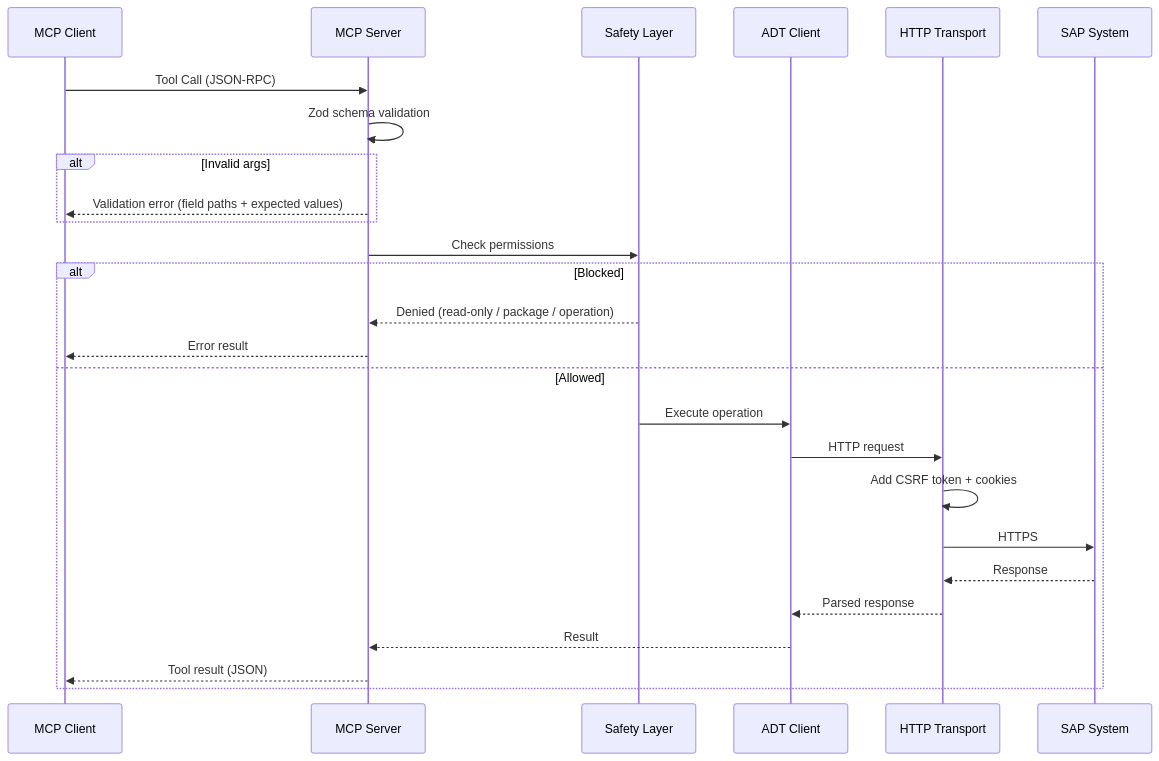
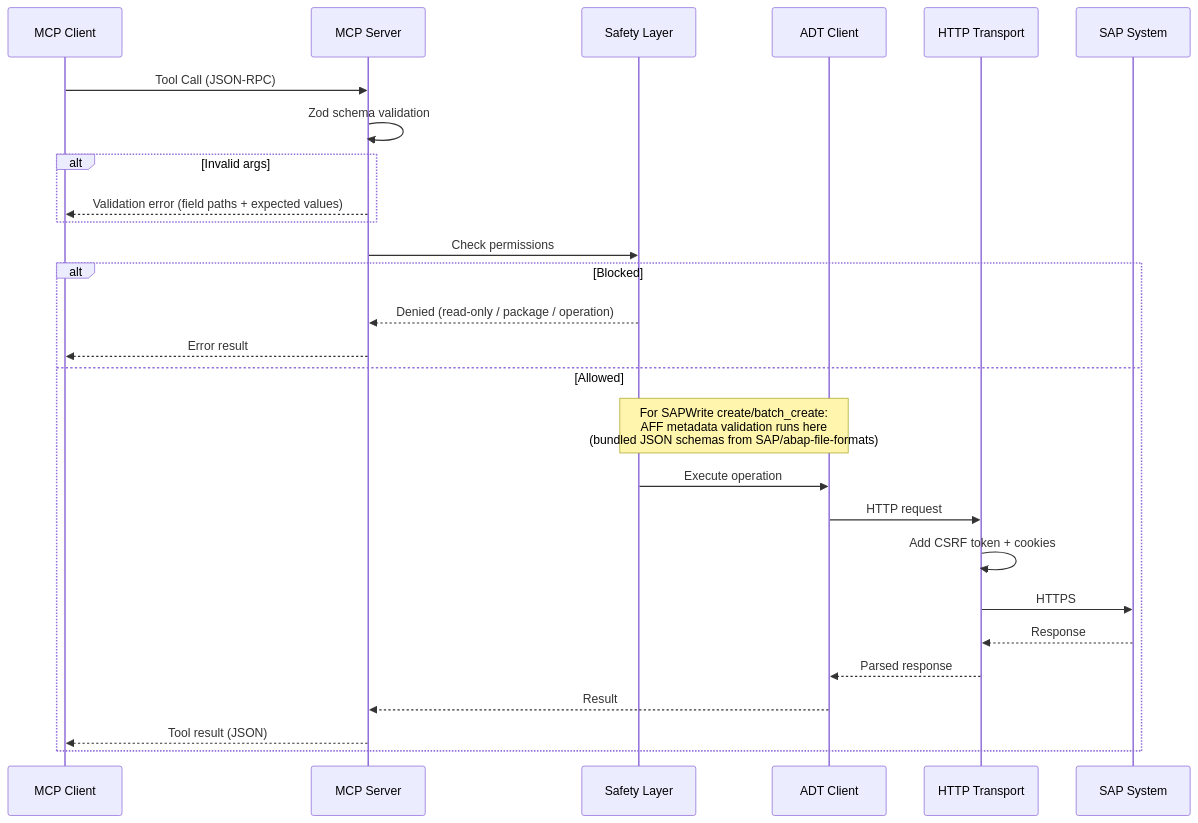
Before and after one commit to marianfoo/arc-1: the second of 7 diagrams in docs/architecture.md, drawn with Mermaid. The commit also changed other lines of this file and 6 other files, not shown here.

````diff
--- a/docs/architecture.md
+++ b/docs/architecture.md
@@ -78,30 +79,31 @@
 ```mermaid
 sequenceDiagram
     participant Client as MCP Client
     participant Server as MCP Server
     participant Safety as Safety Layer
     participant ADT as ADT Client
     participant HTTP as HTTP Transport
     participant SAP as SAP System
 
     Client->>Server: Tool Call (JSON-RPC)
     Server->>Server: Zod schema validation
     alt Invalid args
         Server-->>Client: Validation error (field paths + expected values)
     end
     Server->>Safety: Check permissions
 
     alt Blocked
         Safety-->>Server: Denied (read-only / package / operation)
         Server-->>Client: Error result
     else Allowed
+        Note over Safety,ADT: For SAPWrite create/batch_create:<br/>AFF metadata validation runs here<br/>(bundled JSON schemas from SAP/abap-file-formats)
         Safety->>ADT: Execute operation
         ADT->>HTTP: HTTP request
         HTTP->>HTTP: Add CSRF token + cookies
         HTTP->>SAP: HTTPS
         SAP-->>HTTP: Response
         HTTP-->>ADT: Parsed response
         ADT-->>Server: Result
         Server-->>Client: Tool result (JSON)
     end
 ```
````
